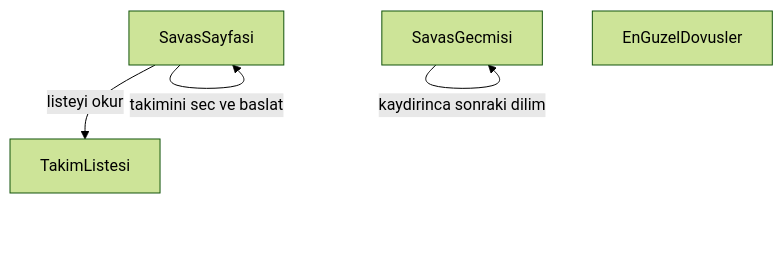
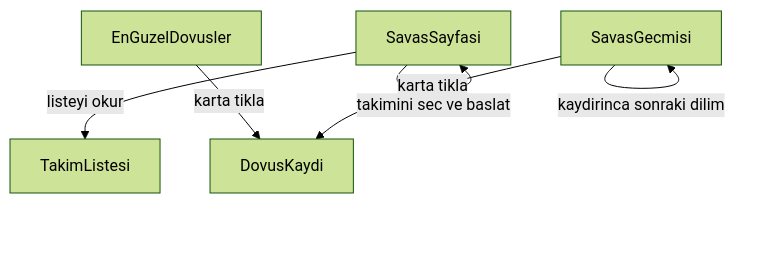
The fourth of 6 diagrams in CHECKPOINT.md (Enesbakkal/ReactBattleArena), drawn with Mermaid (forest theme) before and after one commit. The commit also changed other lines of this file and 2 other files, not shown here.

````diff
--- a/CHECKPOINT.md
+++ b/CHECKPOINT.md
@@ -92,10 +95,13 @@
 ```mermaid
 flowchart TD
   savas[SavasSayfasi]
   gecmis[SavasGecmisi]
   guzel[EnGuzelDovusler]
   takimlar[TakimListesi]
+  kayit[DovusKaydi]
   savas -->|"takimini sec ve baslat"| savas
   savas -->|"listeyi okur"| takimlar
   gecmis -->|"kaydirinca sonraki dilim"| gecmis
+  gecmis -->|"karta tikla"| kayit
+  guzel -->|"karta tikla"| kayit
 ```
````
